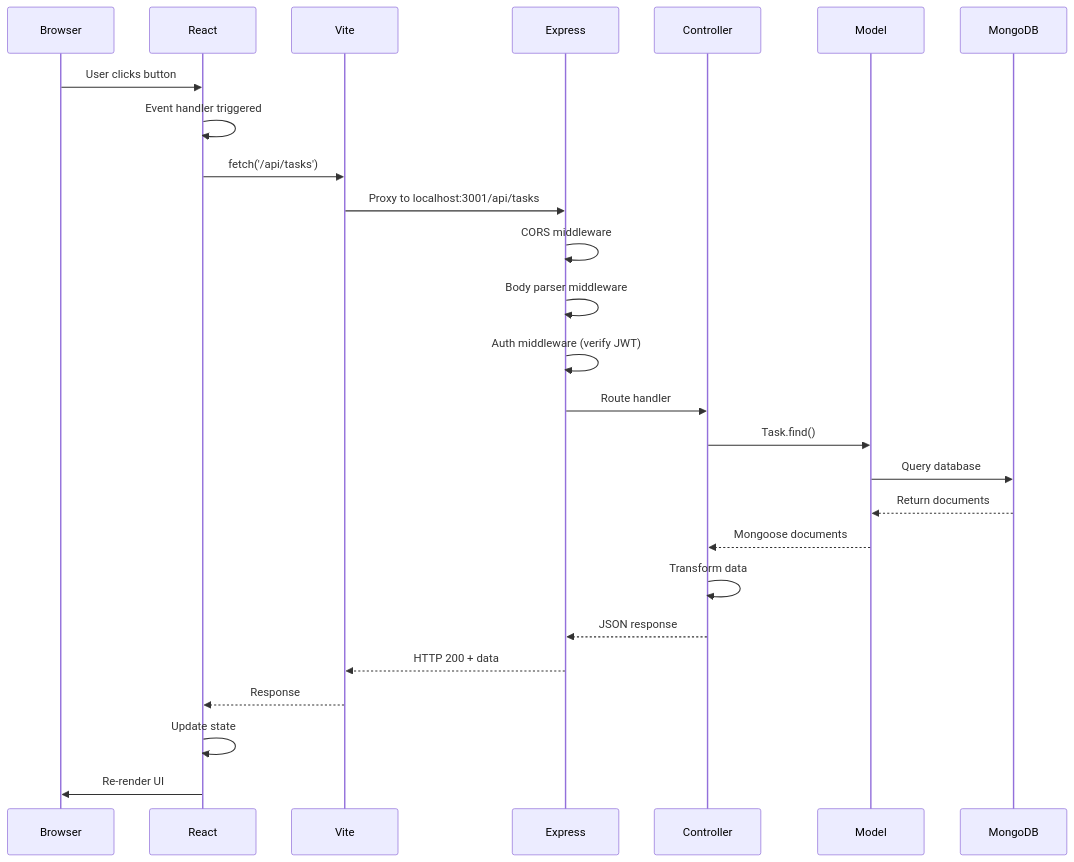
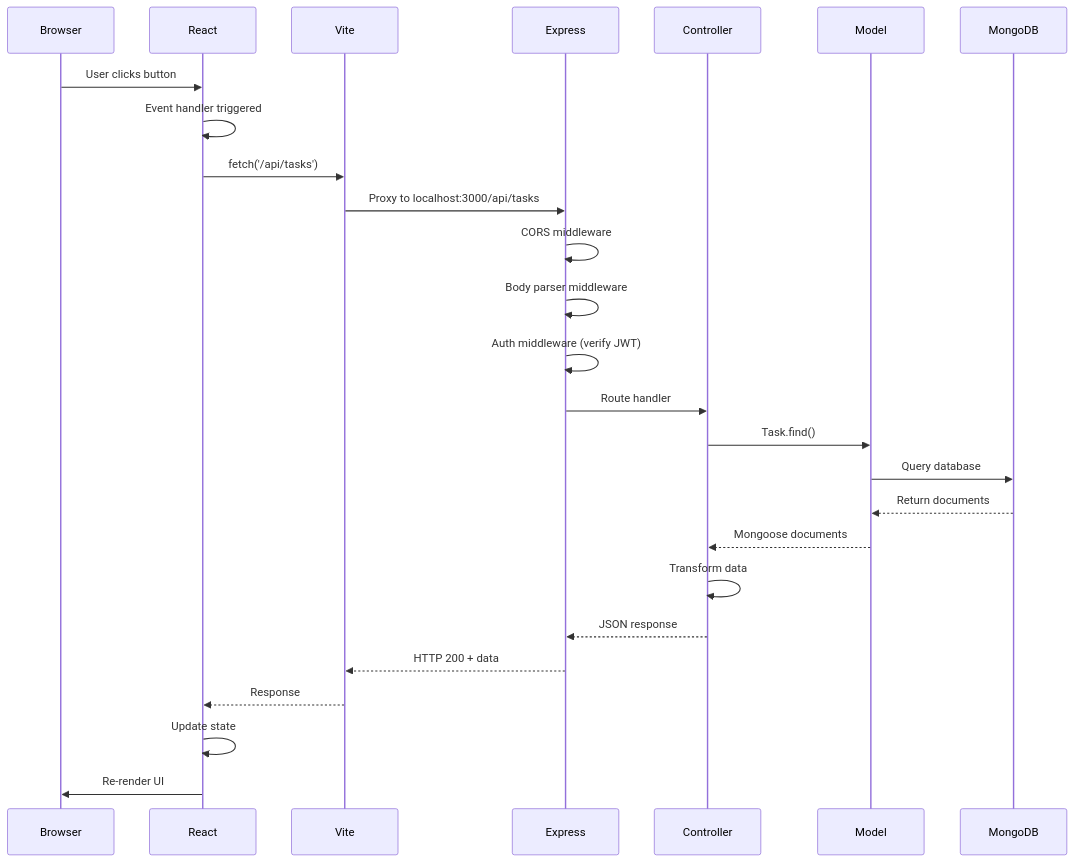
Before and after one commit to longndt/react-course: the fourth of 14 diagrams in diagrams/project_architecture.md, drawn with Mermaid. The commit also changed other lines of this file and 6 other files, not shown here.

````diff
--- a/diagrams/project_architecture.md
+++ b/diagrams/project_architecture.md
@@ -138,33 +138,33 @@
 ```mermaid
 sequenceDiagram
     participant Browser
     participant React
     participant Vite
     participant Express
     participant Controller
     participant Model
     participant MongoDB
 
     Browser->>React: User clicks button
     React->>React: Event handler triggered
     React->>Vite: fetch('/api/tasks')
-    Vite->>Express: Proxy to localhost:3001/api/tasks
+    Vite->>Express: Proxy to localhost:3000/api/tasks
 
     Express->>Express: CORS middleware
     Express->>Express: Body parser middleware
     Express->>Express: Auth middleware (verify JWT)
 
     Express->>Controller: Route handler
     Controller->>Model: Task.find()
     Model->>MongoDB: Query database
 
     MongoDB-->>Model: Return documents
     Model-->>Controller: Mongoose documents
     Controller->>Controller: Transform data
     Controller-->>Express: JSON response
 
     Express-->>Vite: HTTP 200 + data
     Vite-->>React: Response
     React->>React: Update state
     React->>Browser: Re-render UI
 ```
````
